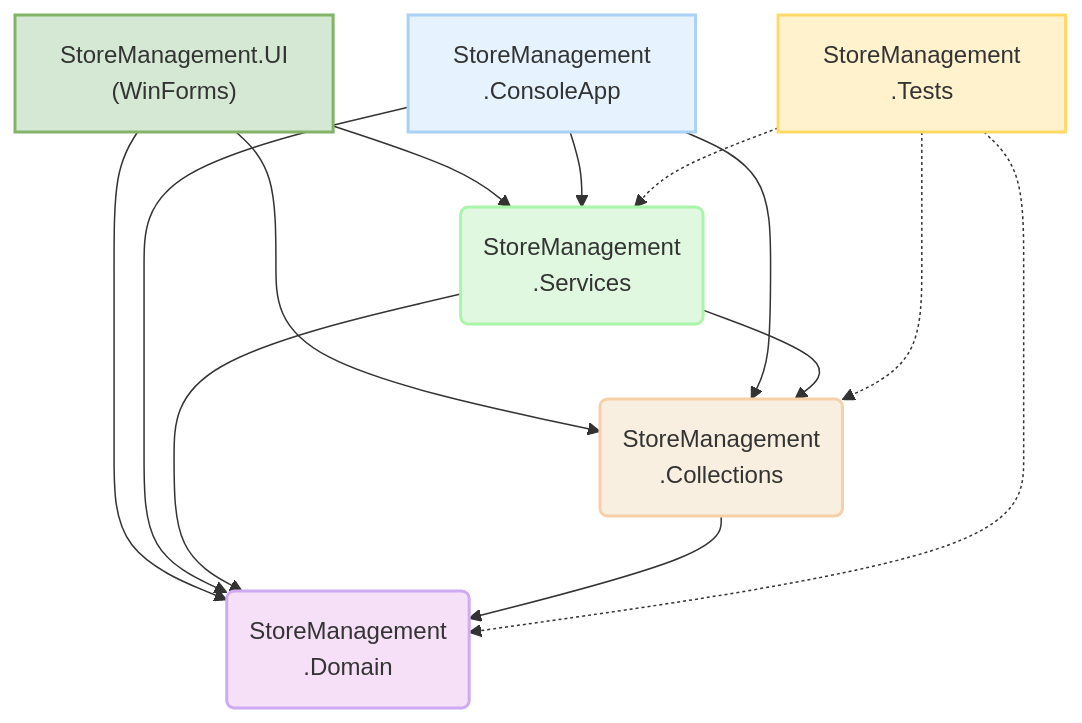
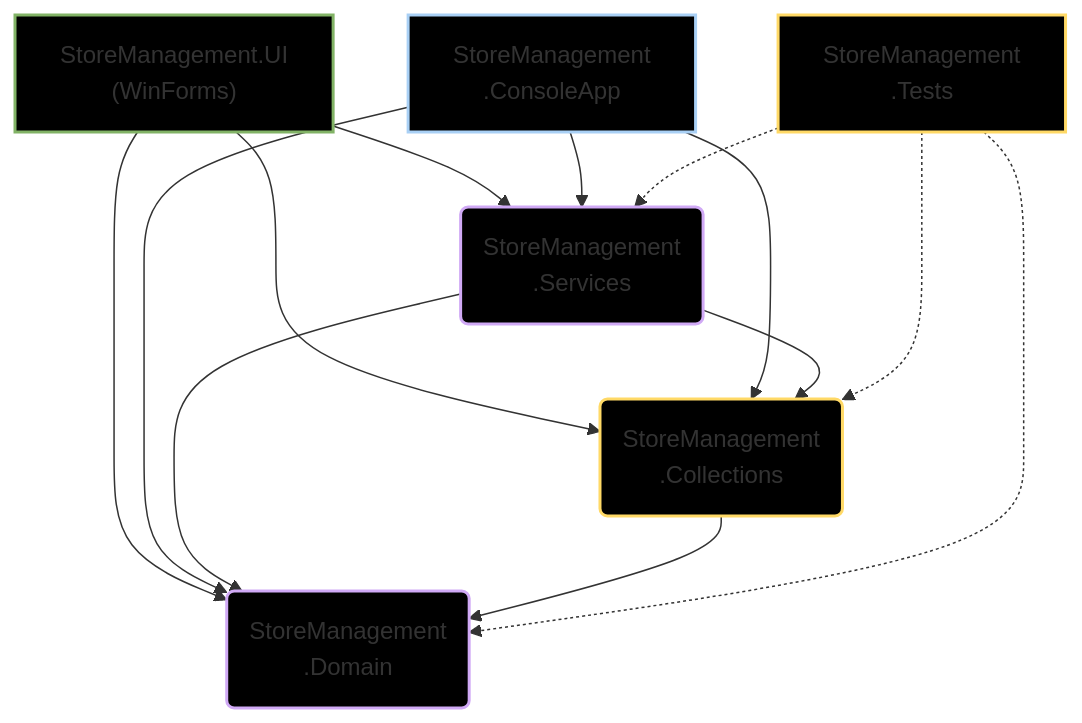
Before and after one commit to Vasja1142/StoreManagement: the diagram in README.md, drawn with Mermaid.

````diff
--- a/README.md
+++ b/README.md
@@ -50,25 +50,25 @@
 ```mermaid
 graph TD
     UI["StoreManagement.UI<br>(WinForms)"] --> S("StoreManagement<br>.Services");
     UI --> C("StoreManagement<br>.Collections");
     UI --> D("StoreManagement<br>.Domain");
 
     ConsoleApp["StoreManagement<br>.ConsoleApp"] --> S;
     ConsoleApp --> C;
     ConsoleApp --> D;
 
     S --> C;
     S --> D;
     C --> D;
 
     Tests["StoreManagement<br>.Tests"] -.-> S;
     Tests -.-> C;
     Tests -.-> D;
 
-    style UI fill:#D5E8D4,stroke:#82B366,stroke-width:2px
-    style ConsoleApp fill:#E6F3FF,stroke:#A9D0F5,stroke-width:2px
-    style S fill:#E0F8E0,stroke:#A9F5A9,stroke-width:2px
-    style C fill:#F8EFE0,stroke:#F5D0A9,stroke-width:2px
-    style D fill:#F5E0F8,stroke:#D0A9F5,stroke-width:2px
-    style Tests fill:#FFF2CC,stroke:#FFD966,stroke-width:2px
+    style UI fill:#000000,stroke:#82B366,stroke-width:2px
+    style ConsoleApp fill:#000000,stroke:#A9D0F5,stroke-width:2px
+    style S fill:#000000,stroke:#D0A9F5,stroke-width:2px
+    style C fill:#000000,stroke:#FFD966,stroke-width:2px
+    style D fill:#000000,stroke:#D0A9F5,stroke-width:2px
+    style Tests fill:#000000,stroke:#FFD966,stroke-width:2px
 ```
````
